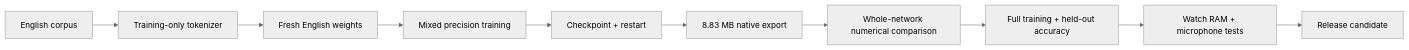
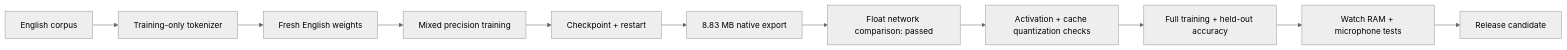
The first of 3 diagrams in docs/english-native.md (Spaceghost/whistle-esp32), drawn with Mermaid (neutral theme) before and after one commit. The commit also changed other lines of this file and 6 other files, not shown here.

Commit message:
Match English export rounding to training and pass float network comparison [skip ci]

````diff
--- a/docs/english-native.md
+++ b/docs/english-native.md
@@ -15,12 +15,13 @@
 ```mermaid
 flowchart LR
     A[English corpus] --> B[Training-only tokenizer]
     B --> C[Fresh English weights]
     C --> D[Mixed precision training]
     D --> E[Checkpoint + restart]
     E --> F[8.83 MB native export]
-    F --> G[Whole-network numerical comparison]
-    G --> H[Full training + held-out accuracy]
+    F --> G[Float network comparison: passed]
+    G --> Q[Activation + cache quantization checks]
+    Q --> H[Full training + held-out accuracy]
     H --> I[Watch RAM + microphone tests]
     I --> J[Release candidate]
 ```
````
